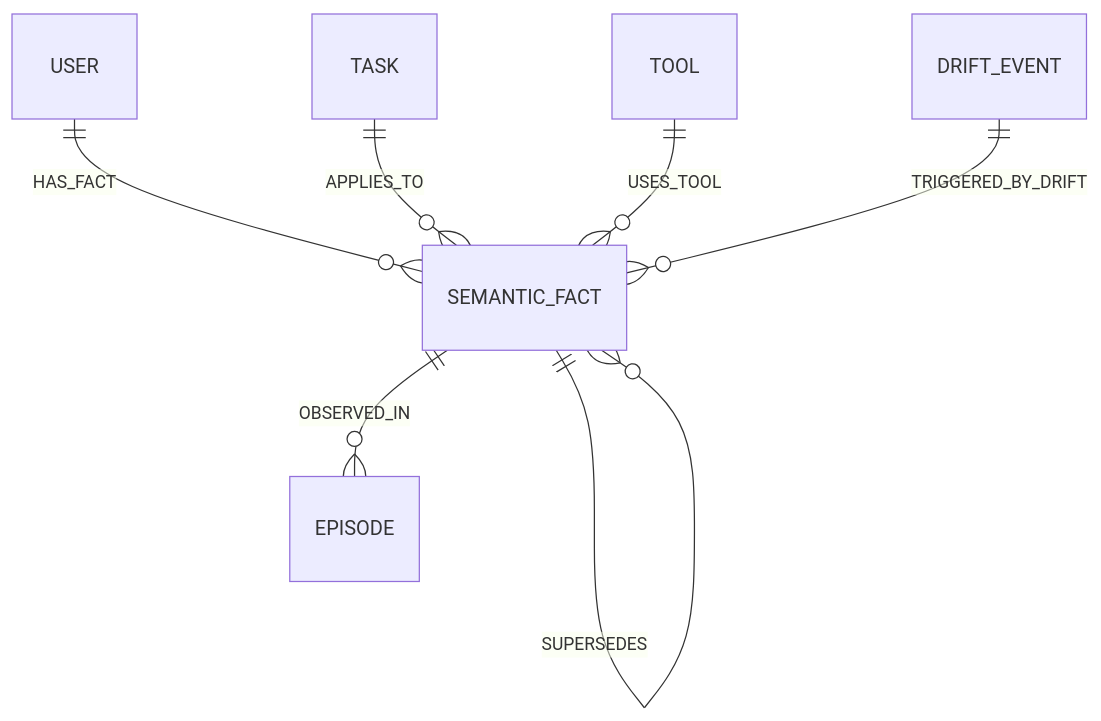
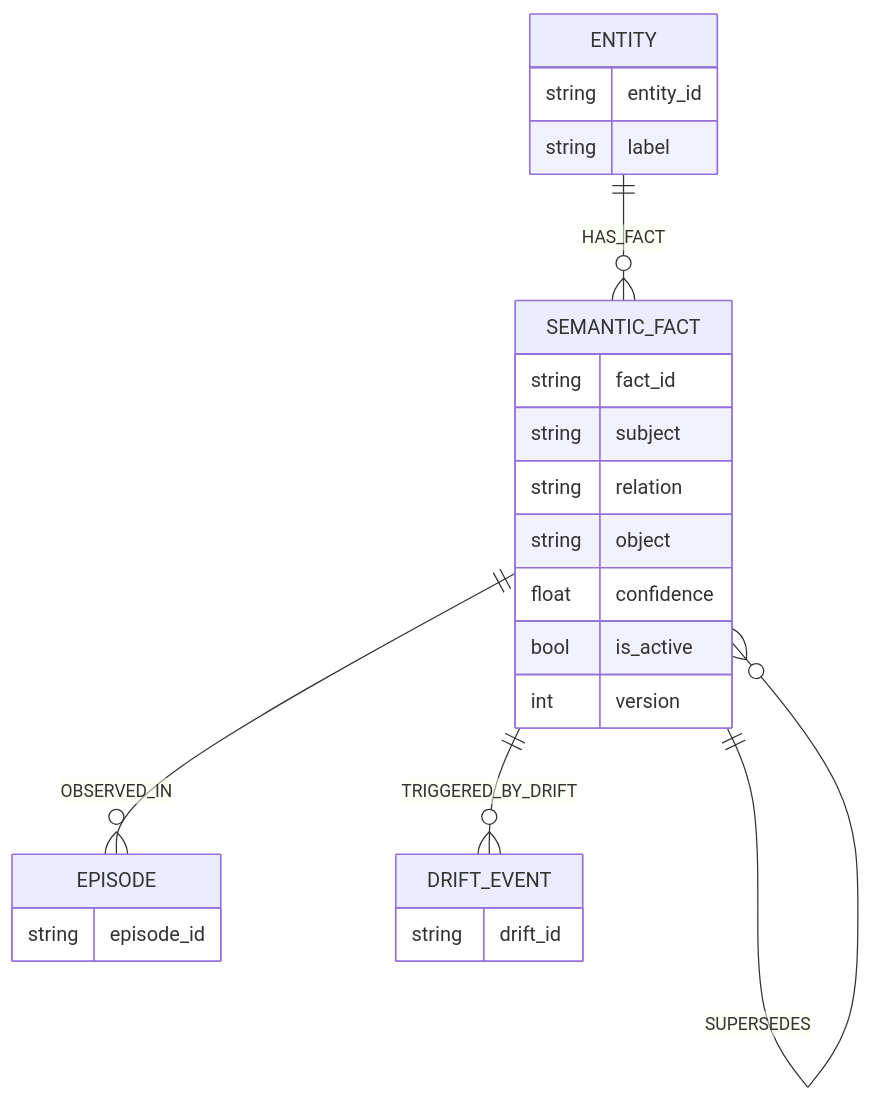
The seventh of 10 diagrams in ARCHITECTURE.md (1iamharshraj/Hi-Drift), drawn with Mermaid before and after one commit. The commit also changed other lines of this file and 3 other files, not shown here.

Commit message:
docs: updated readme, architecture and documentation & Added Readme

````diff
--- a/ARCHITECTURE.md
+++ b/ARCHITECTURE.md
@@ -74,11 +112,29 @@
 ```mermaid
 erDiagram
-    USER ||--o{ SEMANTIC_FACT : HAS_FACT
-    TASK ||--o{ SEMANTIC_FACT : APPLIES_TO
-    TOOL ||--o{ SEMANTIC_FACT : USES_TOOL
+    SEMANTIC_FACT {
+        string fact_id
+        string subject
+        string relation
+        string object
+        float confidence
+        bool is_active
+        int version
+    }
+    EPISODE {
+        string episode_id
+    }
+    DRIFT_EVENT {
+        string drift_id
+    }
+    ENTITY {
+        string entity_id
+        string label
+    }
+
+    ENTITY ||--o{ SEMANTIC_FACT : HAS_FACT
     SEMANTIC_FACT ||--o{ EPISODE : OBSERVED_IN
+    SEMANTIC_FACT ||--o{ DRIFT_EVENT : TRIGGERED_BY_DRIFT
     SEMANTIC_FACT ||--o{ SEMANTIC_FACT : SUPPORTS
     SEMANTIC_FACT ||--o{ SEMANTIC_FACT : CONTRADICTS
     SEMANTIC_FACT ||--o{ SEMANTIC_FACT : SUPERSEDES
-    DRIFT_EVENT ||--o{ SEMANTIC_FACT : TRIGGERED_BY_DRIFT
 ```
````
